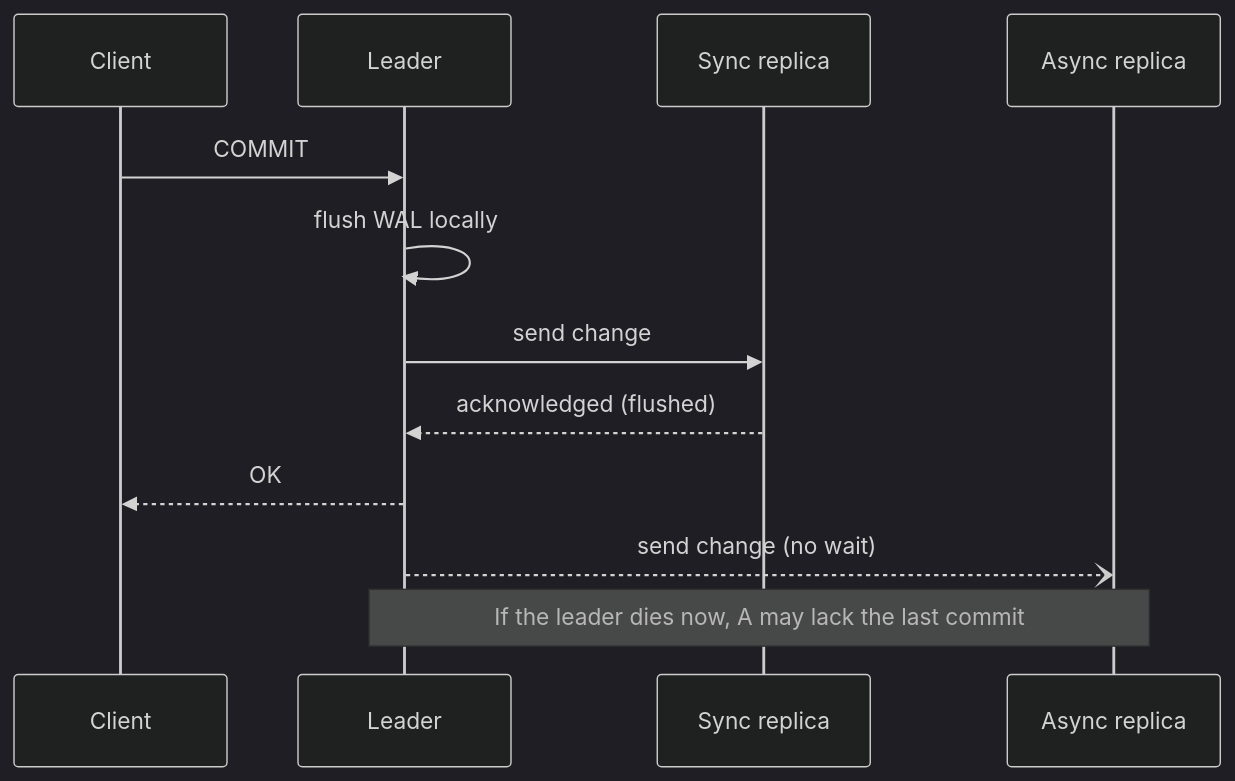
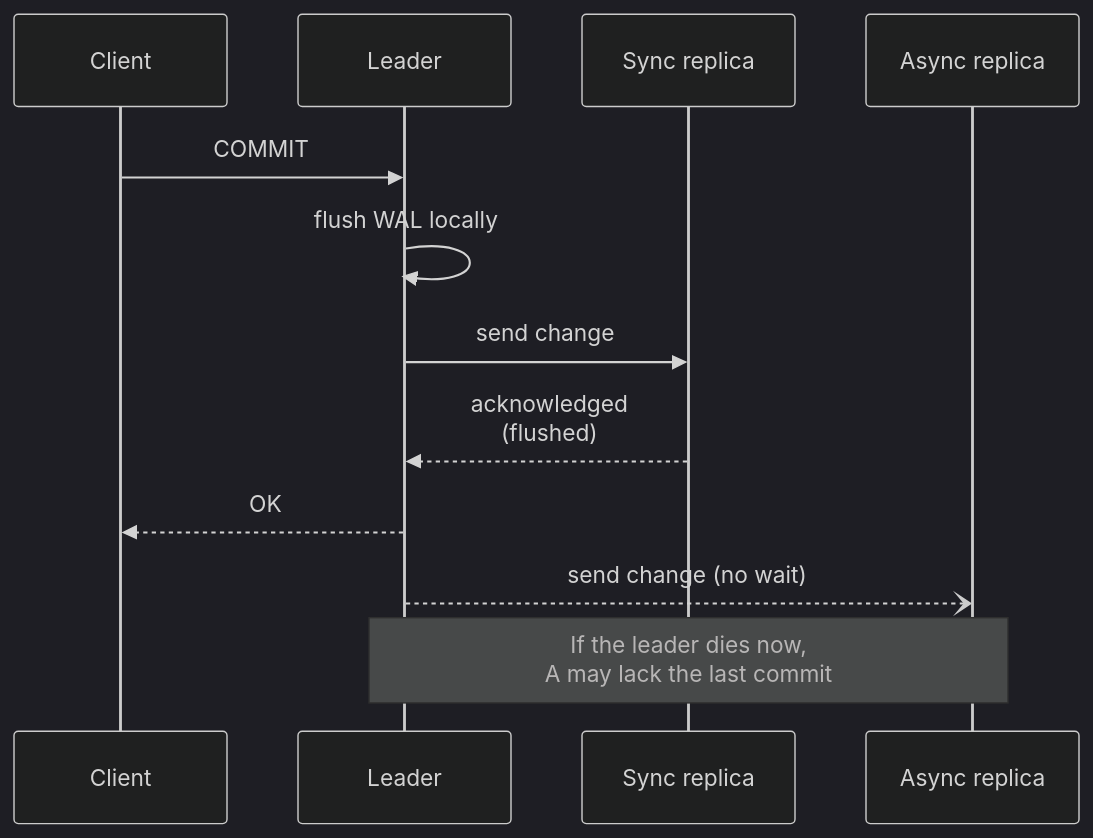
The second of 4 diagrams in src/content/docs/data/replication.mdx (butyavk/system-design), drawn with Mermaid (dark theme) before and after one commit. The commit also changed other lines of this file and 144 other files, not shown here.

````diff
--- a/src/content/docs/data/replication.mdx
+++ b/src/content/docs/data/replication.mdx
@@ -46,14 +46,14 @@
 ```mermaid
 sequenceDiagram
   participant C as Client
   participant L as Leader
   participant S as Sync replica
   participant A as Async replica
   C->>L: COMMIT
   L->>L: flush WAL locally
   L->>S: send change
-  S-->>L: acknowledged (flushed)
+  S-->>L: acknowledged<br/>(flushed)
   L-->>C: OK
   L--)A: send change (no wait)
-  Note over L,A: If the leader dies now, A may lack the last commit
+  Note over L,A: If the leader dies now,<br/>A may lack the last commit
 ```
````
